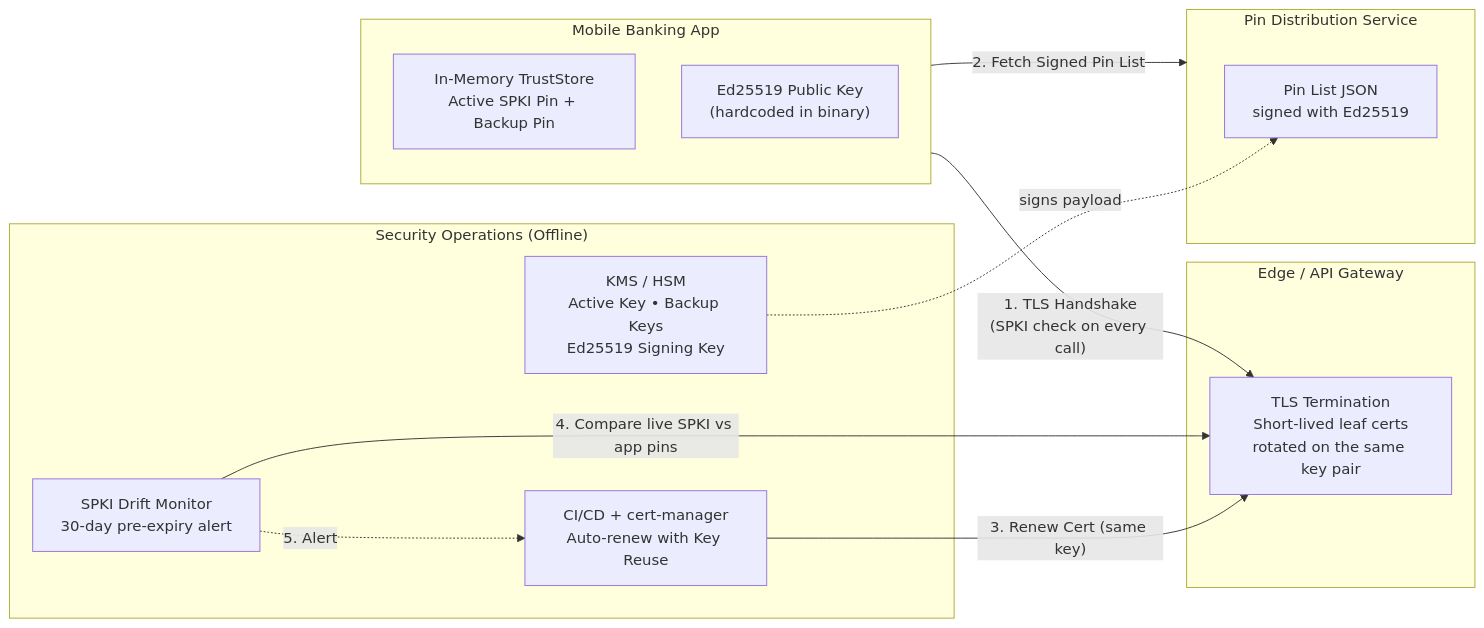
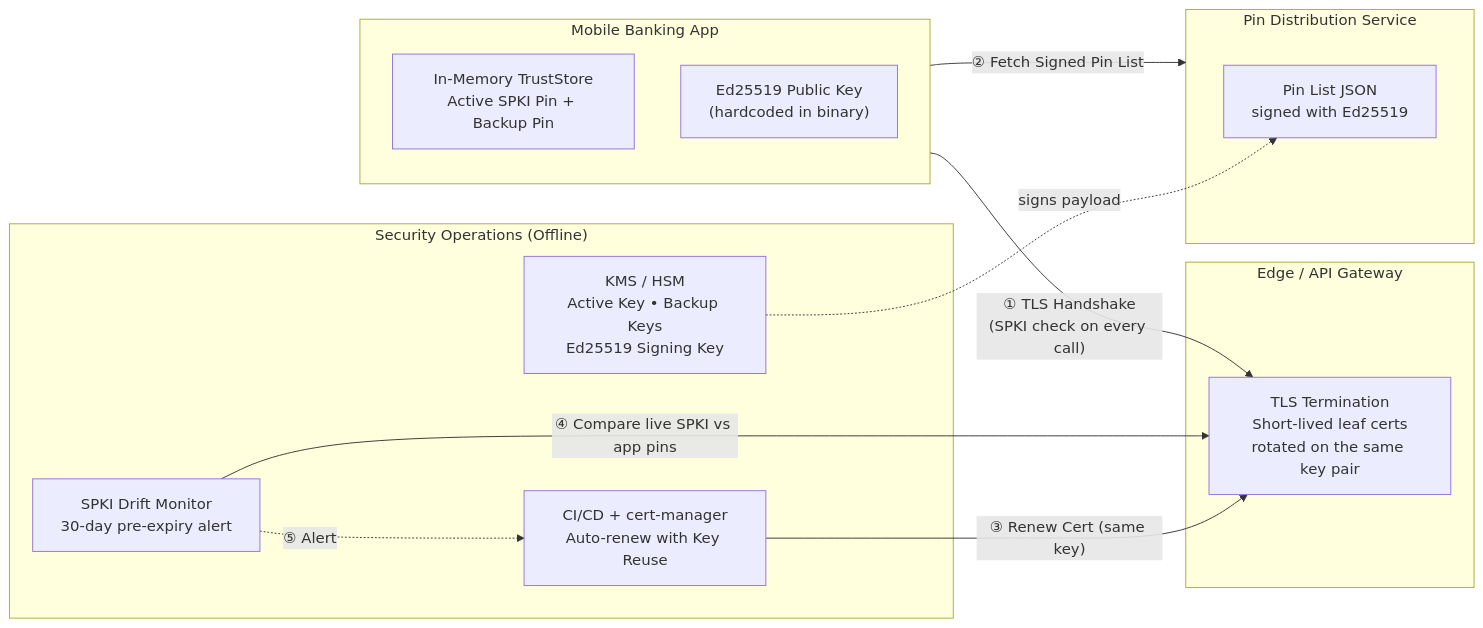
The second of 2 diagrams in content/posts/dev/cert_pinning_crisis/index.en.md (bouroo/bouroo.github.io), drawn with Mermaid before and after one commit. The commit also changed 1 other file, not shown here.

Commit message:
style(docs): replace plain numerals with circled numbers in mermaid edge labels
Swap "1." through "5." for ①–⑤ in the reference architecture
flowchart (both en and th posts) for cleaner diagram rendering.

```diff
--- a/content/posts/dev/cert_pinning_crisis/index.en.md
+++ b/content/posts/dev/cert_pinning_crisis/index.en.md
@@ -110,28 +110,28 @@
 {{< mermaid >}}
 flowchart LR
     subgraph APP["Mobile Banking App"]
         TS["In-Memory TrustStore<br/>Active SPKI Pin + Backup Pin"]
         VK["Ed25519 Public Key<br/>(hardcoded in binary)"]
     end
 
     subgraph EDGE["Edge / API Gateway"]
         LB["TLS Termination<br/>Short-lived leaf certs<br/>rotated on the same key pair"]
     end
 
     subgraph PINSVC["Pin Distribution Service"]
         PC["Pin List JSON<br/>signed with Ed25519"]
     end
 
     subgraph OPS["Security Operations (Offline)"]
         KMS["KMS / HSM<br/>Active Key • Backup Keys<br/>Ed25519 Signing Key"]
         CICD["CI/CD + cert-manager<br/>Auto-renew with Key Reuse"]
         MON["SPKI Drift Monitor<br/>30-day pre-expiry alert"]
     end
 
-    APP -- "1. TLS Handshake<br/>(SPKI check on every call)" --> LB
-    APP -- "2. Fetch Signed Pin List" --> PINSVC
+    APP -- "① TLS Handshake<br/>(SPKI check on every call)" --> LB
+    APP -- "② Fetch Signed Pin List" --> PINSVC
     KMS -. "signs payload" .-> PC
-    CICD -- "3. Renew Cert (same key)" --> LB
-    MON -- "4. Compare live SPKI vs app pins" --> LB
-    MON -. "5. Alert" .-> CICD
+    CICD -- "③ Renew Cert (same key)" --> LB
+    MON -- "④ Compare live SPKI vs app pins" --> LB
+    MON -. "⑤ Alert" .-> CICD
 {{< /mermaid >}}
```
